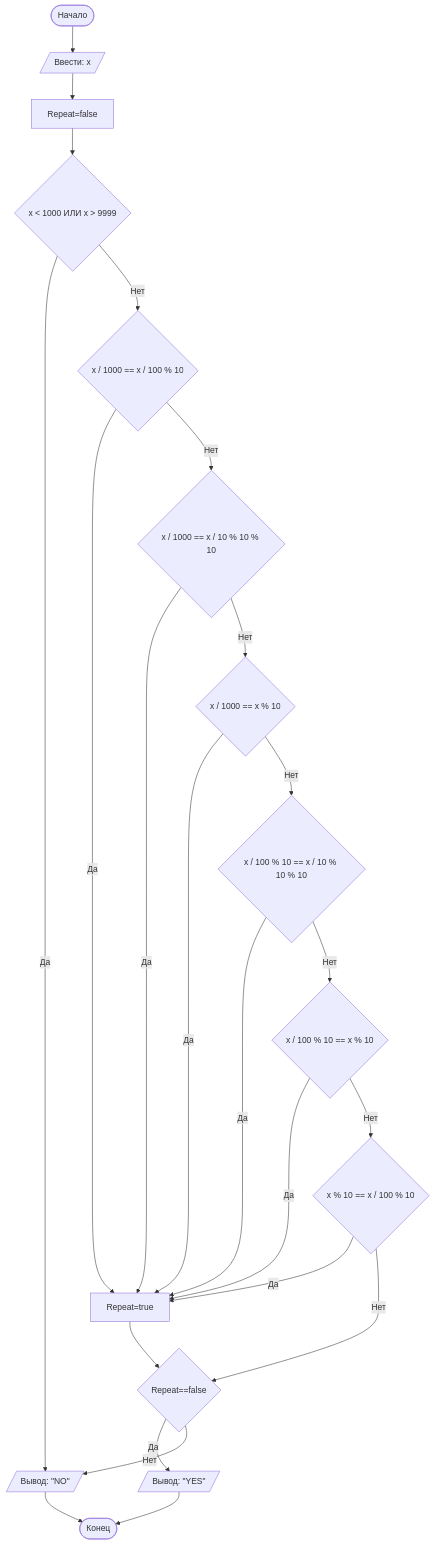
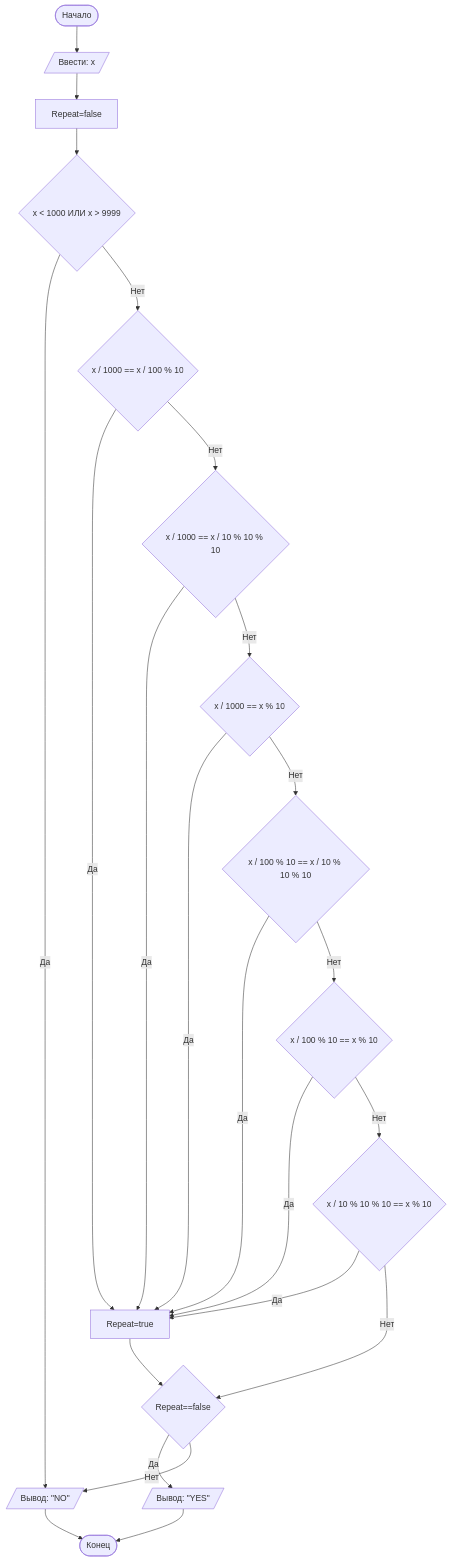
One commit to Tabooretishe/Lab1 changed the diagram in README.md. Above: the diagram before and after it, drawn with Mermaid.

````diff
--- a/README.md
+++ b/README.md
@@ -82,26 +82,26 @@
 ```mermaid
 graph TD
     A([Начало]) --> B[/Ввести: x/]
     B --> Q[Repeat=false]
     Q --> C{x < 1000 ИЛИ x > 9999}
     C -- Да --> K[/Вывод: "NO"/]
     C -- Нет--> D{"x / 1000 == x / 100 % 10"}
     D -- Да --> X[Repeat=true]
     D -- Нет--> E{"x / 1000 == x / 10 % 10 % 10"}
     E -- Да --> X[Repeat=true]
     E -- Нет--> F{"x / 1000 == x % 10"}
     F -- Да --> X[Repeat=true]
     F -- Нет--> G{"x / 100 % 10 == x / 10 % 10 % 10"}
     G -- Да --> X[Repeat=true]
     G -- Нет--> H{"x / 100 % 10 == x % 10"}
     H -- Да --> X[Repeat=true]
-    H -- Нет--> J{"x % 10 == x / 100 % 10"}
+    H -- Нет--> J{"x / 10 % 10 % 10 == x % 10"}
     J -- Да --> X[Repeat=true]
     J -- Нет--> L{Repeat==false}
     X --> L
     L -- Да --> P[/Вывод: "YES"/]
     L -- Нет--> K[/Вывод: "NO"/]
     P --> Z
     K --> Z([Конец])
 
 ```
````
